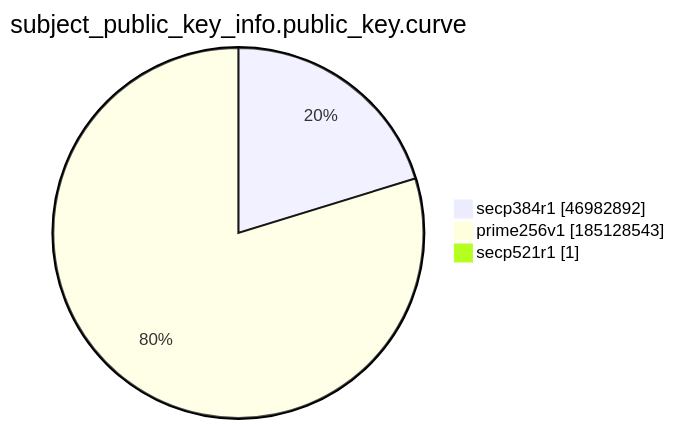
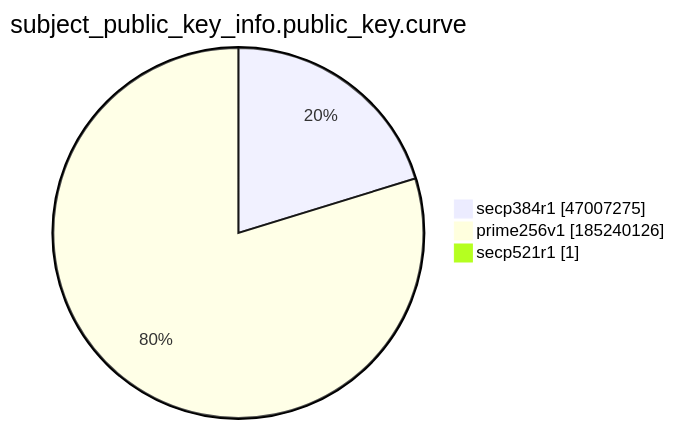
One commit to christiankrug/ctmonitor_visualization changed the ninth of 15 diagrams in xenon2022/README.md. Above: the diagram before and after it, drawn with Mermaid. The commit also changed other lines of this file, not shown here.

````diff
--- a/xenon2022/README.md
+++ b/xenon2022/README.md
@@ -2874,7 +2874,7 @@
 ```mermaid
 pie showData
 title subject_public_key_info.public_key.curve
-"secp384r1" :46982892
-"prime256v1" :185128543
+"secp384r1" :47007275
+"prime256v1" :185240126
 "secp521r1" :1
 ```
````
